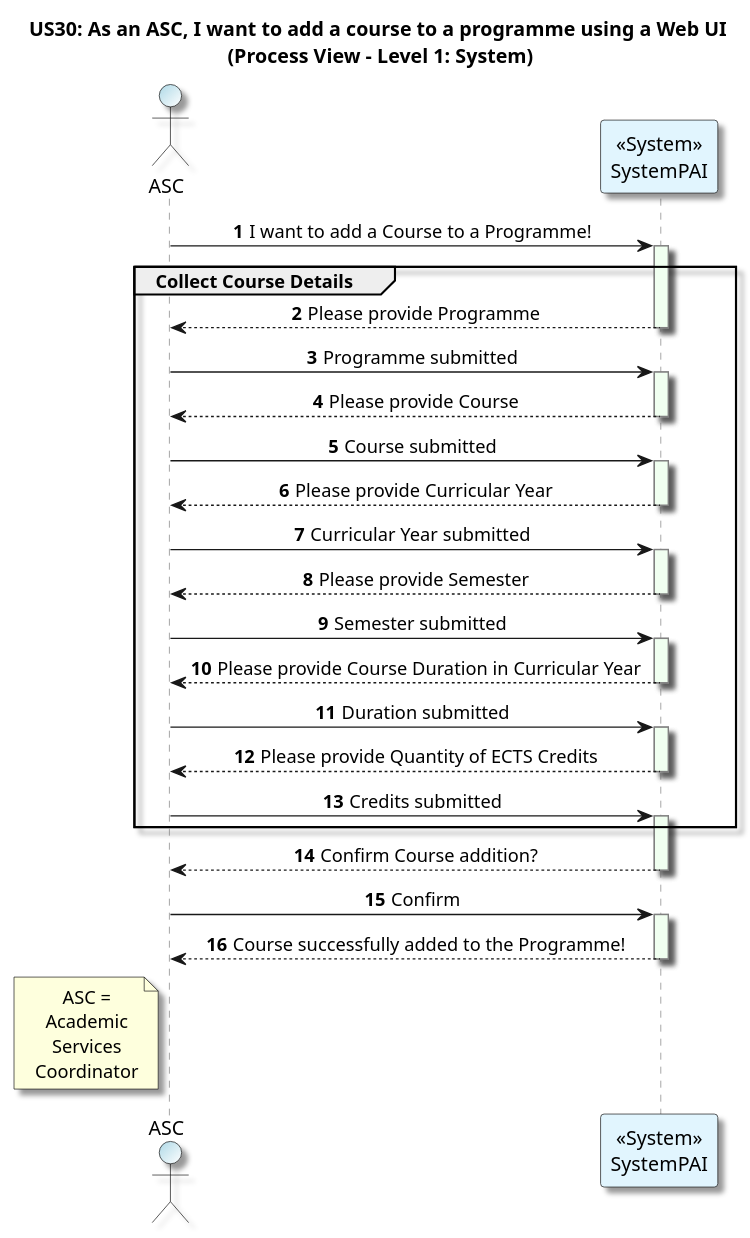
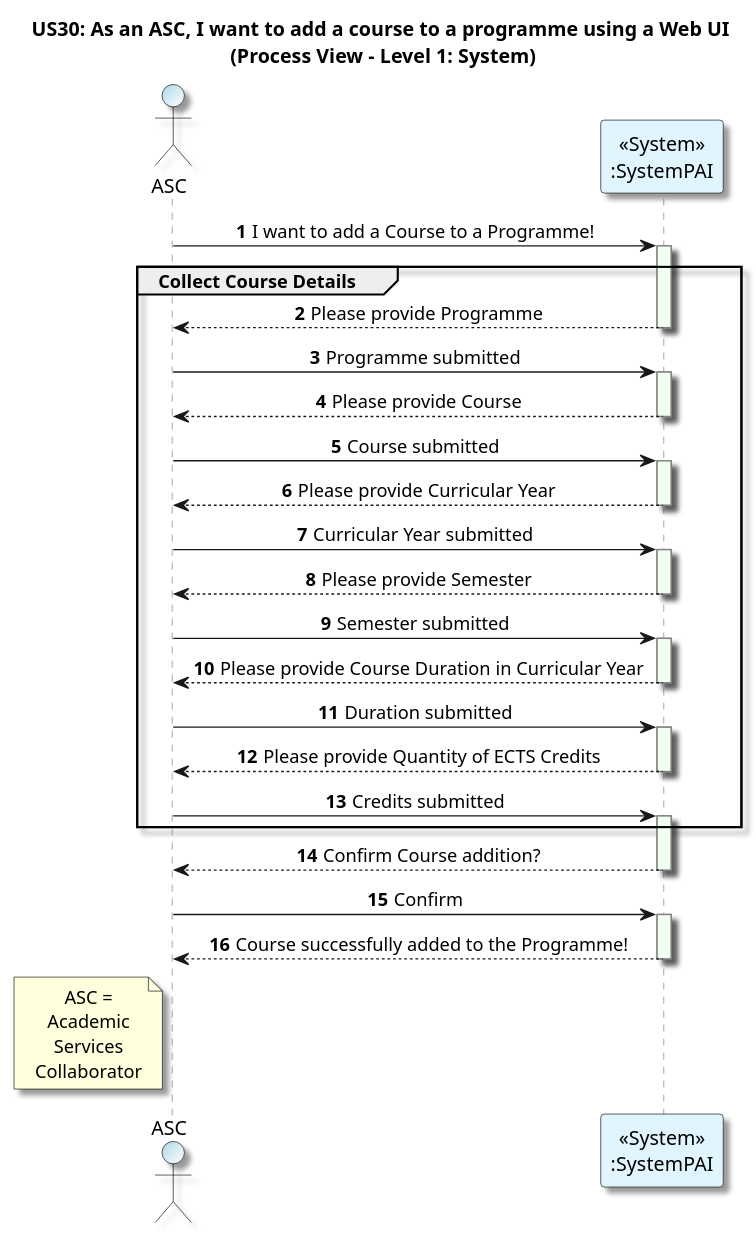
Before and after one commit to GasparISEP/DevOps-PAI: the diagram in docs/US30/Sprint_7/ProcessView/AddCourseToAProgramme_ProcessView_Level1.puml, drawn with PlantUML.

Commit message:
docs(addCourseToAProgramme): fix small naming mistakes in Level 1 process view diagram (refs: #701, #705)

```diff
--- a/docs/US30/Sprint_7/ProcessView/AddCourseToAProgramme_ProcessView_Level1.puml
+++ b/docs/US30/Sprint_7/ProcessView/AddCourseToAProgramme_ProcessView_Level1.puml
@@ -1,76 +1,76 @@
 @startuml
 title US30: As an ASC, I want to add a course to a programme using a Web UI\n (Process View - Level 1: System)
 skinparam {
   ActivityPadding 2
   ActivityMargin 2
   BoxPadding 2
 }
 skinparam sequence {
     LifeLineBorderColor Grey
     LifeLineBackgroundColor HoneyDew
 }
 skinparam defaultTextAlignment center
 skinparam shadowing true
 
 autonumber
 
 actor ASC as admin #LightBlue/White
-participant "<<System>>\nSystemPAI" as System #E1F5FE
+participant "<<System>>\n:SystemPAI" as System #E1F5FE
 
 admin -> System: I want to add a Course to a Programme!
 activate System
 
 group Collect Course Details
 System --> admin: Please provide Programme
 deactivate System #teal
 
 admin -> System: Programme submitted
 activate System
 
 System --> admin: Please provide Course
 deactivate System
 
 admin -> System: Course submitted
 activate System
 
 System --> admin: Please provide Curricular Year
 deactivate System
 
 admin -> System: Curricular Year submitted
 activate System
 
 System --> admin: Please provide Semester
 deactivate System
 
 admin -> System: Semester submitted
 activate System
 
 System --> admin: Please provide Course Duration in Curricular Year
 deactivate System
 
 admin -> System: Duration submitted
 activate System
 
 System --> admin: Please provide Quantity of ECTS Credits
 deactivate System
 
 admin -> System: Credits submitted
 activate System
 end
 
 System --> admin: Confirm Course addition?
 deactivate System
 
 admin -> System: Confirm
 activate System
 
 System --> admin: Course successfully added to the Programme!
 deactivate System
 
 note left admin
 ASC =
 Academic
 Services
-Coordinator
+Collaborator
 end note
 @enduml
```
